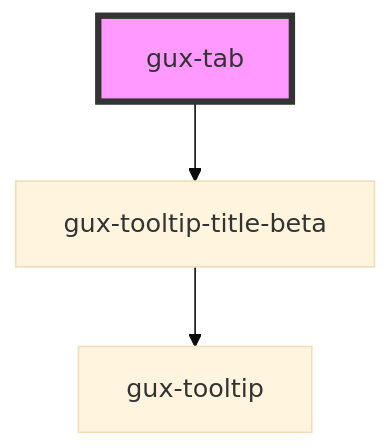
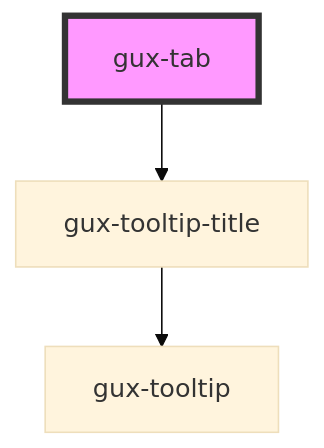
One commit to MyPureCloud/genesys-spark changed the diagram in src/components/stable/gux-tabs/gux-tab/readme.md. Above: the diagram before and after it, drawn with Mermaid (base theme). The commit also changed other lines of this file and 272 other files, not shown here.

````diff
--- a/src/components/stable/gux-tabs/gux-tab/readme.md
+++ b/src/components/stable/gux-tabs/gux-tab/readme.md
@@ -64,6 +64,6 @@
 ```mermaid
 graph TD;
-  gux-tab --> gux-tooltip-title-beta
-  gux-tooltip-title-beta --> gux-tooltip
+  gux-tab --> gux-tooltip-title
+  gux-tooltip-title --> gux-tooltip
   style gux-tab fill:#f9f,stroke:#333,stroke-width:4px
 ```
````
